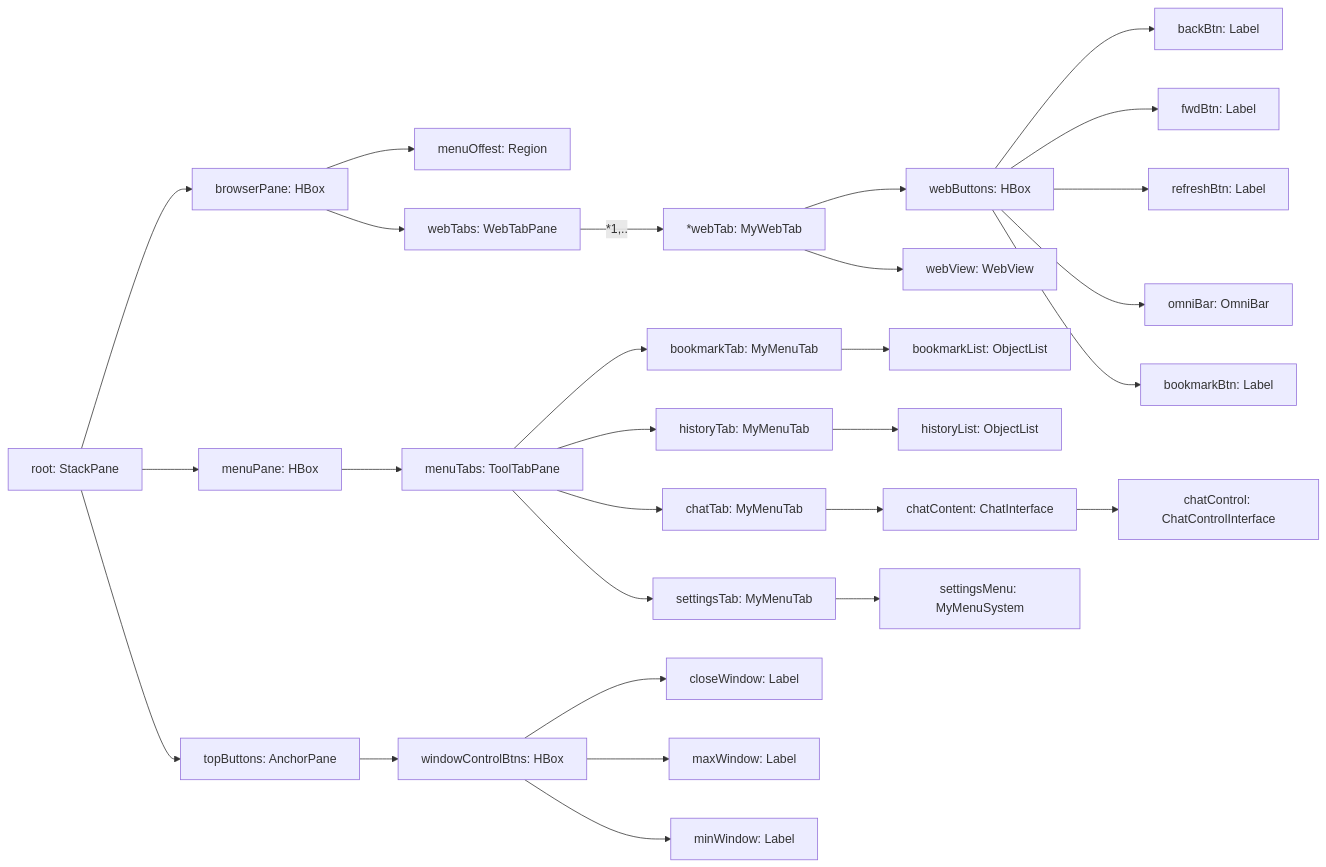
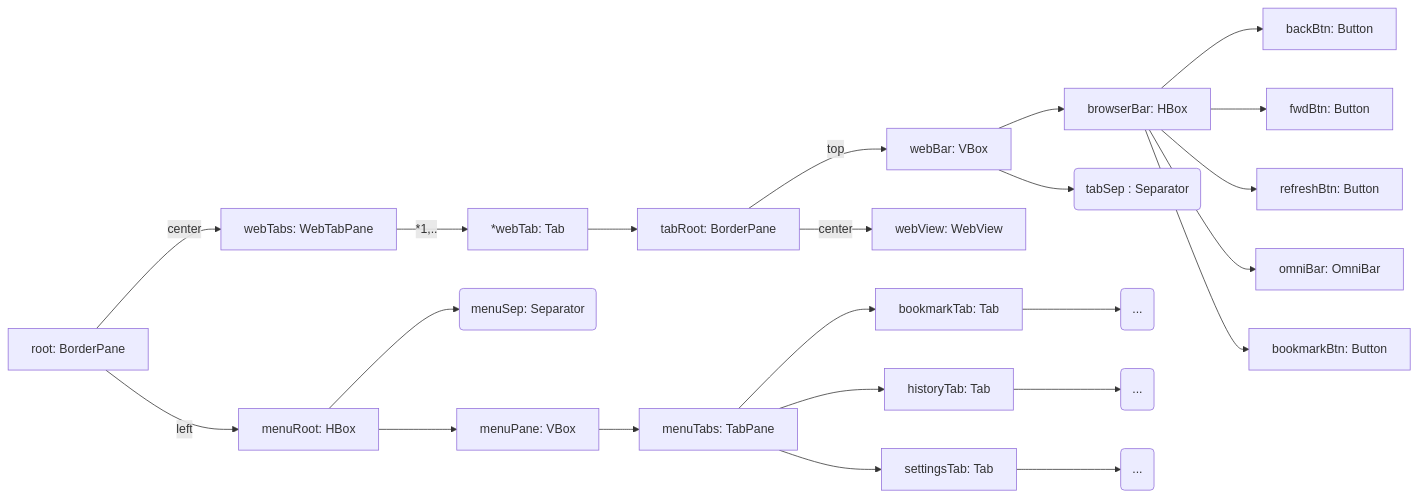
The second of 2 diagrams in doc/Plan.md (osterhoutan/basicFX-webBrowser), drawn with Mermaid before and after one commit. The commit also changed other lines of this file and 13 other files, not shown here.

````diff
--- a/doc/Plan.md
+++ b/doc/Plan.md
@@ -95,38 +124,43 @@
 ```mermaid
 %% You will need mermaid markdown rendering software to view this image
 graph LR
-  root[root: StackPane]
-    --> browserPane[browserPane: HBox]
-      --> menuOffset[menuOffest: Region]
-      browserPane --> webTabs[webTabs: WebTabPane]
-        -->|*1,..| webTab[*webTab: MyWebTab]
-          --> webMenu[webButtons: HBox]
-            --> backBtn[backBtn: Label]
-            webMenu --> fwdBtn[fwdBtn: Label]
-            webMenu --> refreshBtn[refreshBtn: Label]
+  root[root: BorderPane]
+    --center-->  webTabs[webTabs: WebTabPane]
+      -->|*1,..| webTab[*webTab: Tab]
+        --> tabRoot[tabRoot: BorderPane]
+        --top--> browserBar[webBar: VBox]
+          --> webMenu[browserBar: HBox]
+            --> backBtn[backBtn: Button]
+            webMenu --> fwdBtn[fwdBtn: Button]
+            webMenu --> refreshBtn[refreshBtn: Button]
             webMenu --> omniBar[omniBar: OmniBar]
-            webMenu --> bookmarkBtn[bookmarkBtn: Label]
-          webTab --> webView[webView: WebView]
+            webMenu --> bookmarkBtn[bookmarkBtn: Button]
+          tabRoot --center--> webView[webView: WebView]
 
-    root --> menuPane[menuPane: HBox]
-      --> menuTabs[menuTabs: ToolTabPane]
-        --> bookmarkTab[bookmarkTab: MyMenuTab]
-          --> bookmarkList[bookmarkList: ObjectList]
+          browserBar --> tabSep(tabSep : Separator)
 
-        menuTabs --> historyTab[historyTab: MyMenuTab]
-          --> historyList[historyList: ObjectList]
+    root --left--> menuRoot[menuRoot: HBox] 
+      --> menuSep(menuSep: Separator)
+      
+      menuRoot --> menuPane[menuPane: VBox]
+        --> menuTabs[menuTabs: TabPane]
+          --> bookmarkTab[bookmarkTab: Tab]
+            --> content1(...)
 
-        menuTabs --> chatTab[chatTab: MyMenuTab]
-          --> chatContent[chatContent: ChatInterface]
-          --> chatControl[chatControl: ChatControlInterface]
+          menuTabs --> historyTab[historyTab: Tab]
+            --> content2(...)
 
-        menuTabs --> settingsTab[settingsTab: MyMenuTab]
-          --> settingsMenu[settingsMenu: MyMenuSystem]
+       %% menuTabs --> chatTab[chatTab: MyMenuTab]
+         %% --> chatContent[chatContent: ChatInterface]
+          %%--> chatControl[chatControl: ChatControlInterface]
 
-    root --> topButtons[topButtons: AnchorPane]
-      --> windowControlBtns[windowControlBtns: HBox]
-        --> closeWindow[closeWindow: Label]
-        windowControlBtns --> maxWindow[maxWindow: Label]
-        windowControlBtns --> minWindow[minWindow: Label]
+          menuTabs --> settingsTab[settingsTab: Tab]
+            --> content3(...)
+
+    %%root --> topButtons[topButtons: AnchorPane]
+      %%--> windowControlBtns[windowControlBtns: HBox]
+        %%--> closeWindow[closeWindow: Label]
+        %%windowControlBtns --> maxWindow[maxWindow: Label]
+        %%windowControlBtns --> minWindow[minWindow: Label]
 
 ```
````
